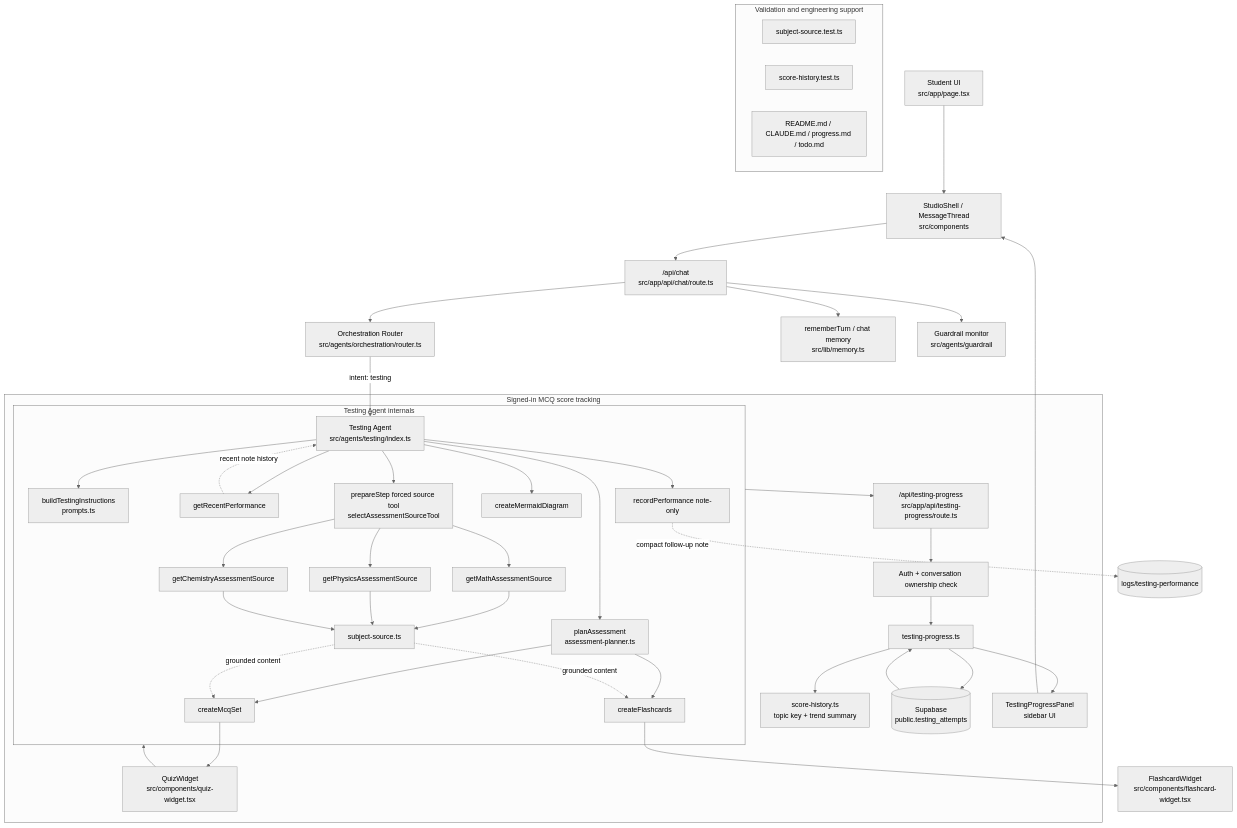
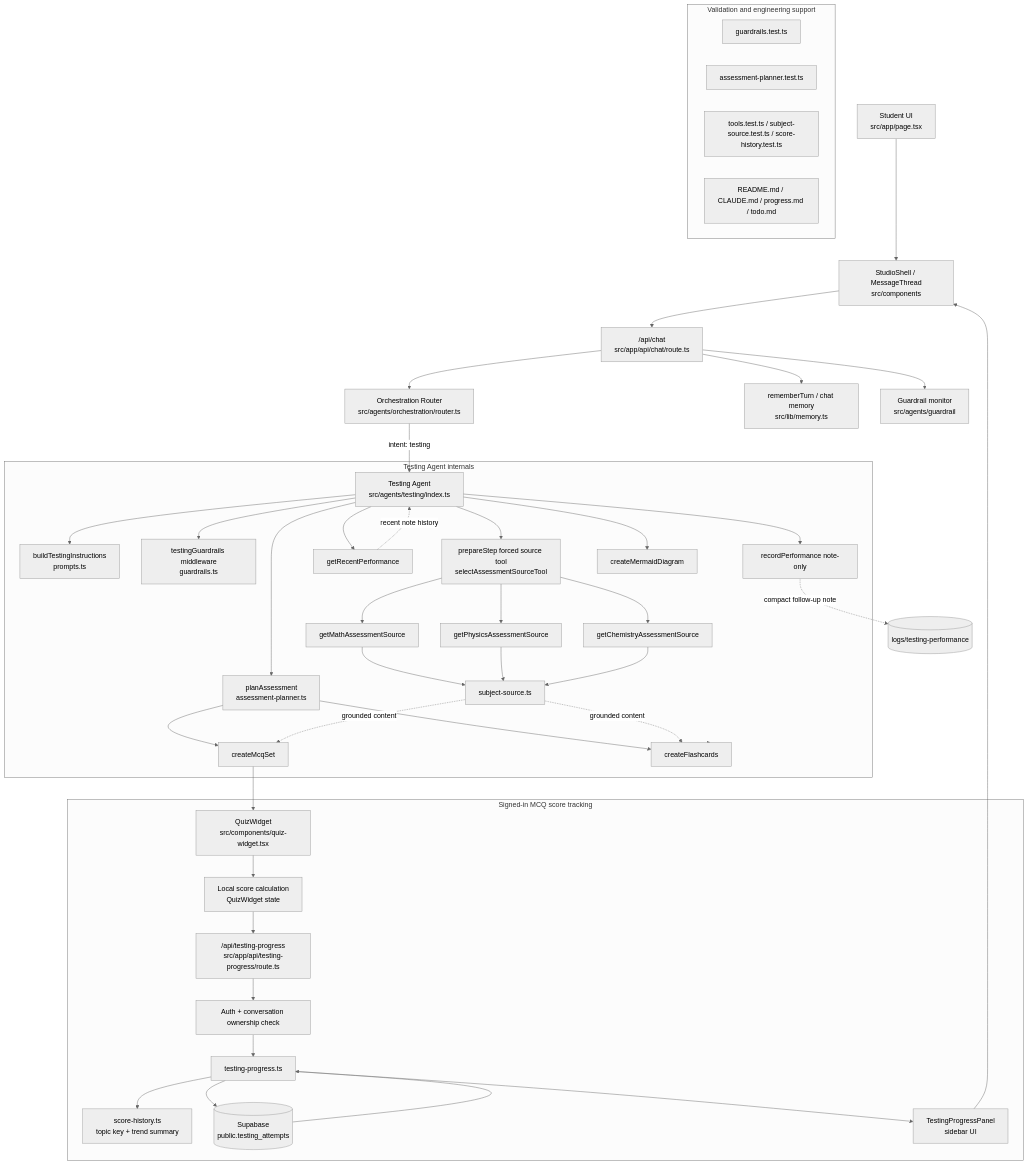
Before and after one commit to sritampatnaik/sem4-practice-module: the diagram in src/agents/testing/architecture.md, drawn with Mermaid (neutral theme). The commit also changed other lines of this file and 19 other files, not shown here.

Commit message:
added guardrails for testing agent

````diff
--- a/src/agents/testing/architecture.md
+++ b/src/agents/testing/architecture.md
@@ -5,57 +5,59 @@
 ```mermaid
 flowchart TD
     A["Student UI<br/>src/app/page.tsx"] --> B["StudioShell / MessageThread<br/>src/components"]
     B --> C["/api/chat<br/>src/app/api/chat/route.ts"]
     C --> D["Orchestration Router<br/>src/agents/orchestration/router.ts"]
     D -->|intent: testing| E["Testing Agent<br/>src/agents/testing/index.ts"]
 
     subgraph T["Testing Agent internals"]
         E --> F["buildTestingInstructions<br/>prompts.ts"]
-        E --> G["prepareStep forced source tool<br/>selectAssessmentSourceTool"]
-        E --> H["planAssessment<br/>assessment-planner.ts"]
+        E --> G["testingGuardrails middleware<br/>guardrails.ts"]
+        E --> H["prepareStep forced source tool<br/>selectAssessmentSourceTool"]
+        E --> I["planAssessment<br/>assessment-planner.ts"]
 
-        G --> I["getMathAssessmentSource"]
-        G --> J["getPhysicsAssessmentSource"]
-        G --> K["getChemistryAssessmentSource"]
+        H --> J["getMathAssessmentSource"]
+        H --> K["getPhysicsAssessmentSource"]
+        H --> L["getChemistryAssessmentSource"]
 
-        I --> L["subject-source.ts"]
-        J --> L
-        K --> L
+        J --> M["subject-source.ts"]
+        K --> M
+        L --> M
 
-        H --> M["createMcqSet"]
-        H --> N["createFlashcards"]
+        I --> N["createMcqSet"]
+        I --> O["createFlashcards"]
 
-        E --> O["getRecentPerformance"]
-        E --> P["recordPerformance note-only"]
-        E --> Q["createMermaidDiagram"]
+        E --> P["getRecentPerformance"]
+        E --> Q["recordPerformance note-only"]
+        E --> R["createMermaidDiagram"]
     end
 
-    M --> R["QuizWidget<br/>src/components/quiz-widget.tsx"]
-    N --> S["FlashcardWidget<br/>src/components/flashcard-widget.tsx"]
+    N --> S["QuizWidget<br/>src/components/quiz-widget.tsx"]
+    O --> T["FlashcardWidget<br/>src/components/flashcard-widget.tsx"]
 
     subgraph ScoreTracking["Signed-in MCQ score tracking"]
-        R --> T["Local score calculation<br/>QuizWidget state"]
-        T --> U["/api/testing-progress<br/>src/app/api/testing-progress/route.ts"]
-        U --> V["Auth + conversation ownership check"]
-        V --> W["testing-progress.ts"]
-        W --> X["score-history.ts<br/>topic key + trend summary"]
-        W --> Y[("Supabase<br/>public.testing_attempts")]
-        Y --> W
-        W --> Z["TestingProgressPanel<br/>sidebar UI"]
+        S --> U["Local score calculation<br/>QuizWidget state"]
+        U --> V["/api/testing-progress<br/>src/app/api/testing-progress/route.ts"]
+        V --> W["Auth + conversation ownership check"]
+        W --> X["testing-progress.ts"]
+        X --> Y["score-history.ts<br/>topic key + trend summary"]
+        X --> Z[("Supabase<br/>public.testing_attempts")]
+        Z --> X
+        X --> AA["TestingProgressPanel<br/>sidebar UI"]
     end
 
-    C --> AA["rememberTurn / chat memory<br/>src/lib/memory.ts"]
-    C --> AB["Guardrail monitor<br/>src/agents/guardrail"]
+    C --> AB["rememberTurn / chat memory<br/>src/lib/memory.ts"]
+    C --> AC["Guardrail monitor<br/>src/agents/guardrail"]
 
     subgraph ValidationAndDocs["Validation and engineering support"]
-        AC["subject-source.test.ts"]
-        AD["score-history.test.ts"]
-        AE["README.md / CLAUDE.md / progress.md / todo.md"]
+        AD["guardrails.test.ts"]
+        AE["assessment-planner.test.ts"]
+        AF["tools.test.ts / subject-source.test.ts / score-history.test.ts"]
+        AG["README.md / CLAUDE.md / progress.md / todo.md"]
     end
 
-    L -.->|grounded content| M
-    L -.->|grounded content| N
-    O -.->|recent note history| E
-    P -.->|compact follow-up note| AF[("logs/testing-performance")]
-    Z --> B
+    M -.->|grounded content| N
+    M -.->|grounded content| O
+    P -.->|recent note history| E
+    Q -.->|compact follow-up note| AH[("logs/testing-performance")]
+    AA --> B
 ```
````
